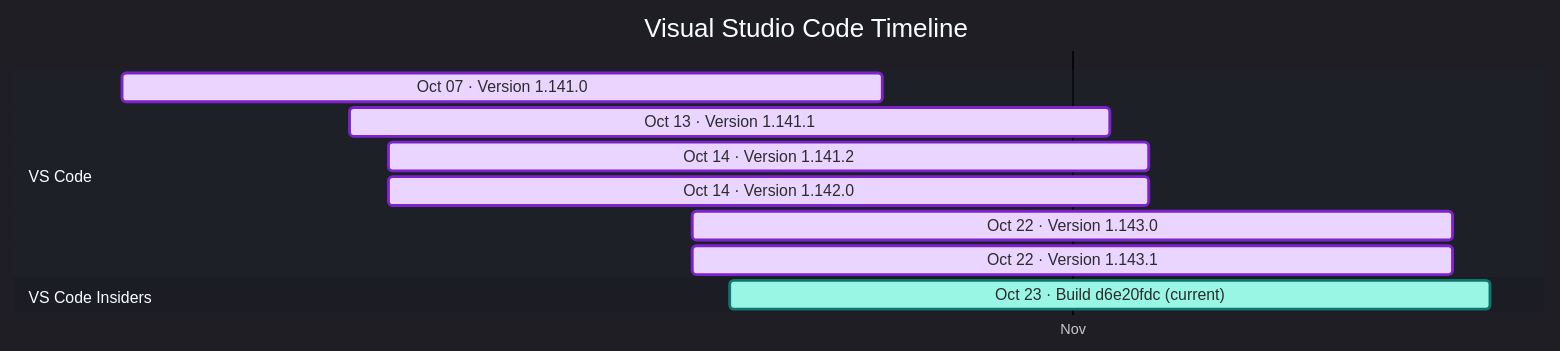
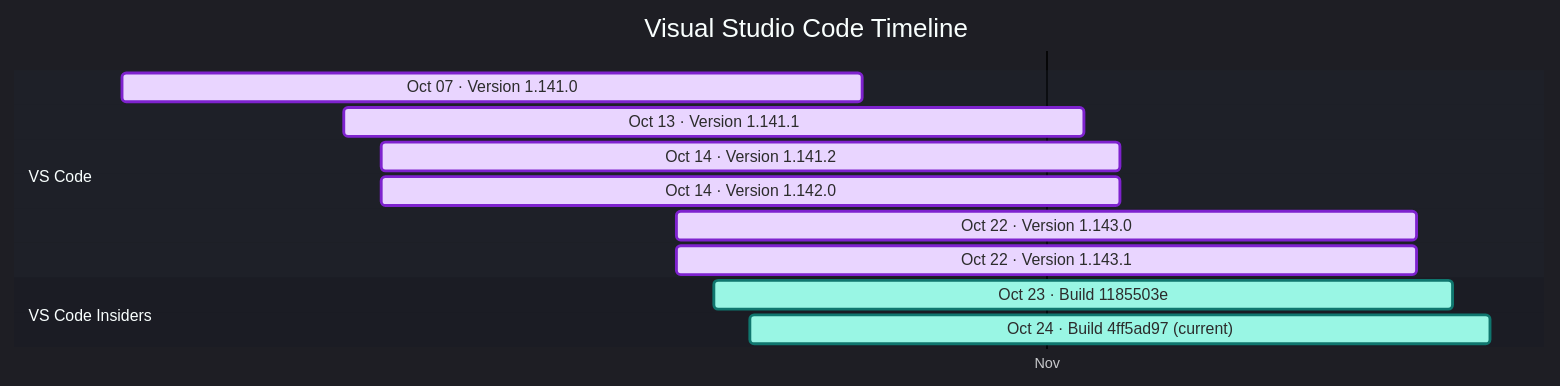
One commit to Oxelya-DevTools/VisualStudioUpdate changed the diagram in docs/vscode.md. Above: the diagram before and after it, drawn with Mermaid. The commit also changed other lines of this file and 1 other file, not shown here.

````diff
--- a/docs/vscode.md
+++ b/docs/vscode.md
@@ -9,17 +9,18 @@
 ```mermaid
 %%{init: {'theme':'dark','themeVariables': { 'fontFamily': 'Segoe UI', 'fontSize': '24px', 'textColor': '#F3F4F6', 'titleTextColor': '#FFFFFF', 'taskTextColor': '#111827', 'taskTextLightColor': '#111827', 'taskTextOutsideColor': '#F3F4F6', 'taskBkgColor': '#BAE6FD', 'taskBorderColor': '#0369A1', 'doneTaskBkgColor': '#E9D5FF', 'doneTaskBorderColor': '#7E22CE', 'activeTaskBkgColor': '#99F6E4', 'activeTaskBorderColor': '#0F766E', 'critTaskBkgColor': '#FED7AA', 'critTaskBorderColor': '#C2410C', 'sectionBkgColor': '#1F2937', 'altSectionBkgColor': '#111827', 'gridColor': '#4B5563', 'todayLineColor': '#F87171' }}}%%
 gantt
     title Visual Studio Code Timeline
     dateFormat  YYYY-MM-DD
     axisFormat  %b
     tickInterval 1month
     section VS Code
     Oct 07 · Version 1.141.0 : done, vscode202610070, 2026-10-07, 20d
     Oct 13 · Version 1.141.1 : done, vscode202610131, 2026-10-13, 20d
     Oct 14 · Version 1.141.2 : done, vscode202610142, 2026-10-14, 20d
     Oct 14 · Version 1.142.0 : done, vscode202610143, 2026-10-14, 20d
     Oct 22 · Version 1.143.0 : done, vscode202610224, 2026-10-22, 20d
     Oct 22 · Version 1.143.1 : done, vscode202610225, 2026-10-22, 20d
     section VS Code Insiders
-    Oct 23 · Build d6e20fdc (current) : active, vscodeinsiders202610230, 2026-10-23, 20d
+    Oct 23 · Build 1185503e : active, vscodeinsiders202610230, 2026-10-23, 20d
+    Oct 24 · Build 4ff5ad97 (current) : active, vscodeinsiders202610241, 2026-10-24, 20d
 ```
````
